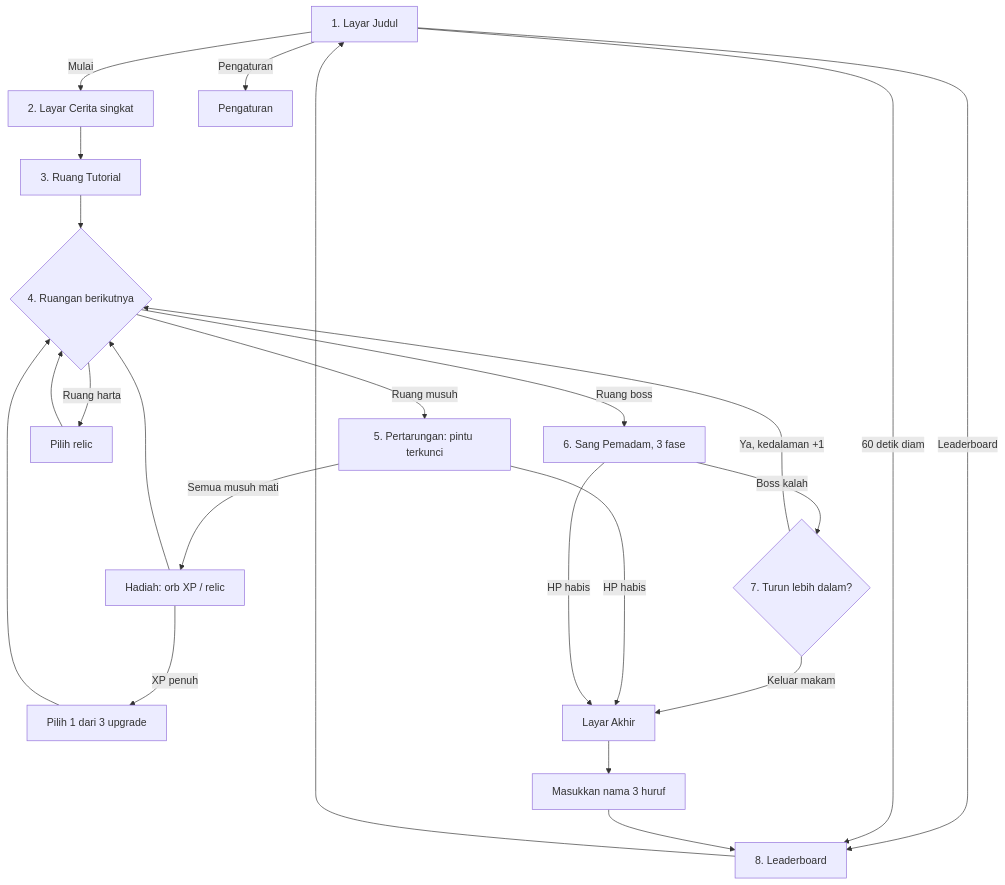
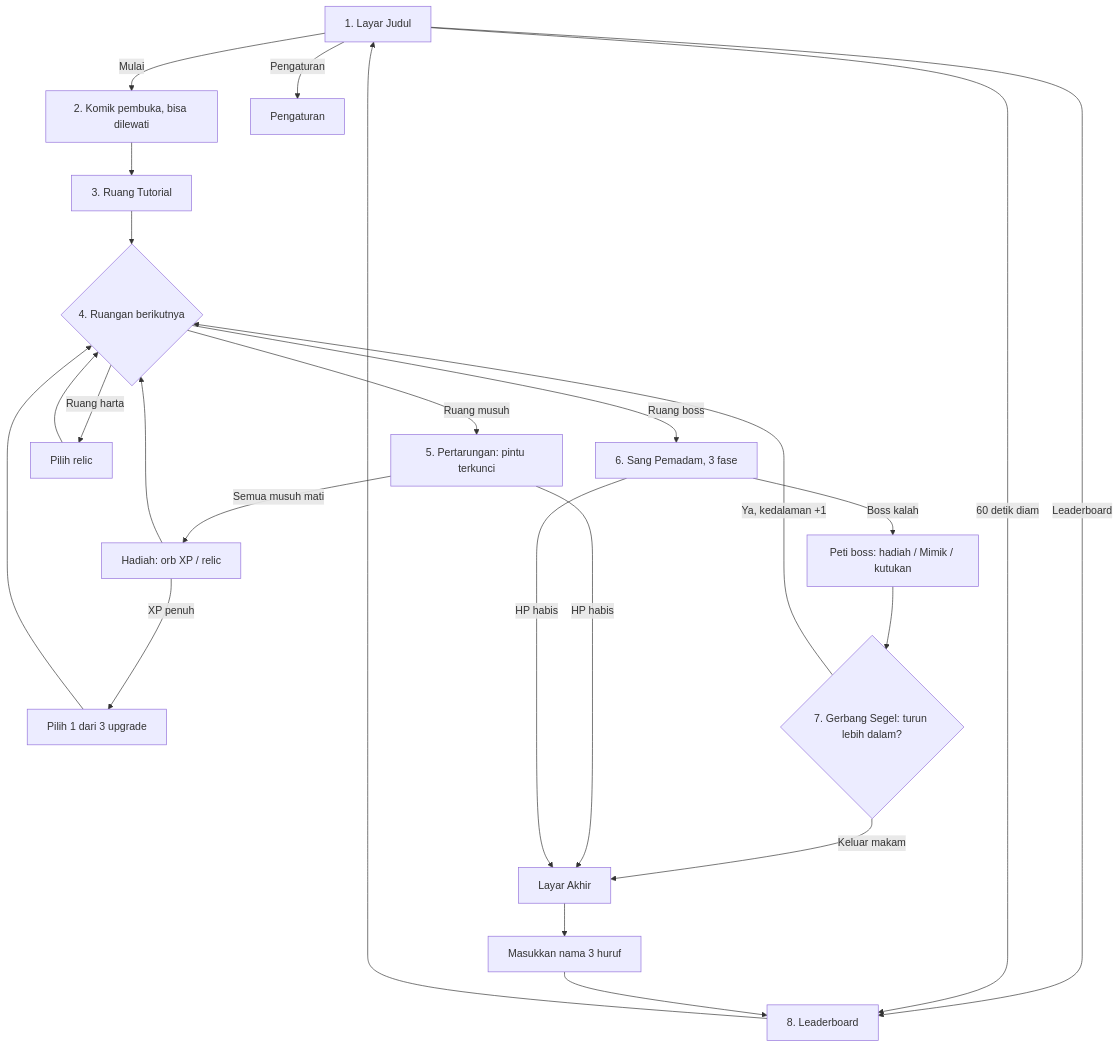
The diagram in Docs/GDD.md (Vrexuro/Runecrypt), drawn with Mermaid before and after one commit. The commit also changed other lines of this file and 3 other files, not shown here.

First line of the commit message:
docs: GDD 0.3 - peti boss, pintu, kenaikan kesulitan, dan cerita

````diff
--- a/Docs/GDD.md
+++ b/Docs/GDD.md
@@ -93,23 +100,23 @@
 ```mermaid
 flowchart TD
-    A[1. Layar Judul] -->|Mulai| B[2. Layar Cerita singkat]
+    A[1. Layar Judul] -->|Mulai| B[2. Komik pembuka, bisa dilewati]
     A -->|Leaderboard| L[8. Leaderboard]
     A -->|Pengaturan| S[Pengaturan]
     A -->|60 detik diam| L
     B --> C[3. Ruang Tutorial]
     C --> D{4. Ruangan berikutnya}
     D -->|Ruang musuh| E[5. Pertarungan: pintu terkunci]
     E -->|Semua musuh mati| F[Hadiah: orb XP / relic]
     F -->|XP penuh| U[Pilih 1 dari 3 upgrade]
     U --> D
     F --> D
     D -->|Ruang harta| T[Pilih relic] --> D
     D -->|Ruang boss| G[6. Sang Pemadam, 3 fase]
-    G -->|Boss kalah| H{7. Turun lebih dalam?}
+    G -->|Boss kalah| P[Peti boss: hadiah / Mimik / kutukan] --> H{7. Gerbang Segel: turun lebih dalam?}
     H -->|Ya, kedalaman +1| D
     H -->|Keluar makam| I[Layar Akhir]
     E -->|HP habis| I
     G -->|HP habis| I
     I --> N[Masukkan nama 3 huruf] --> L
     L --> A
 ```
````
